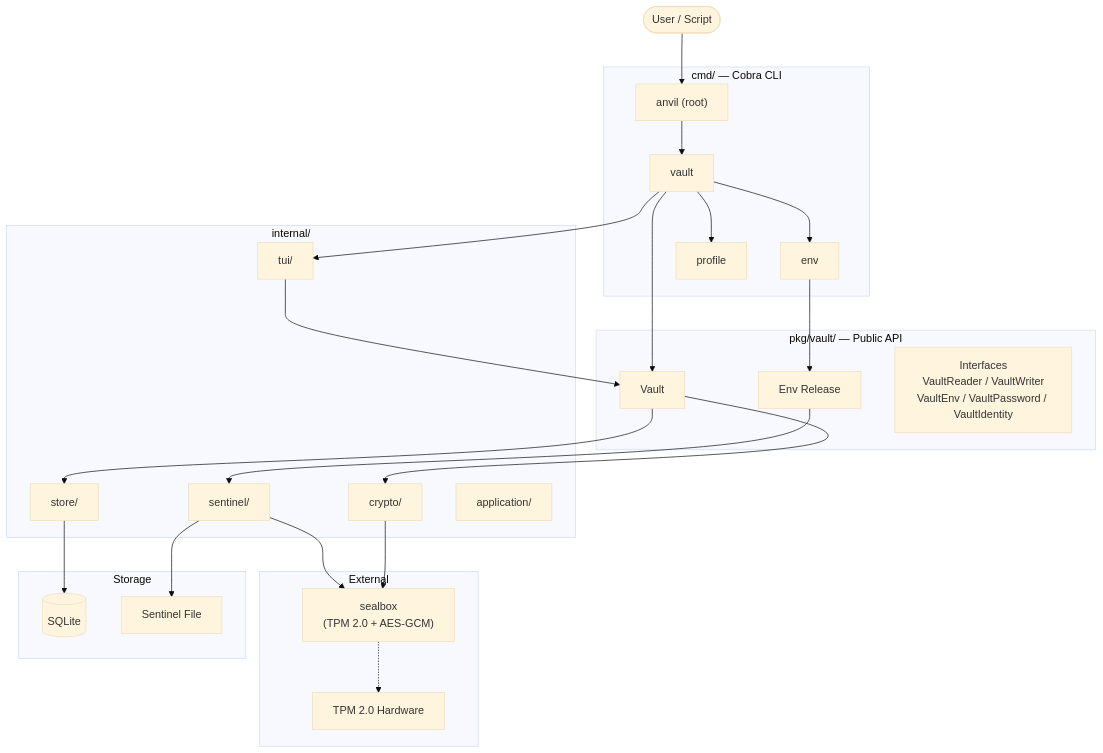
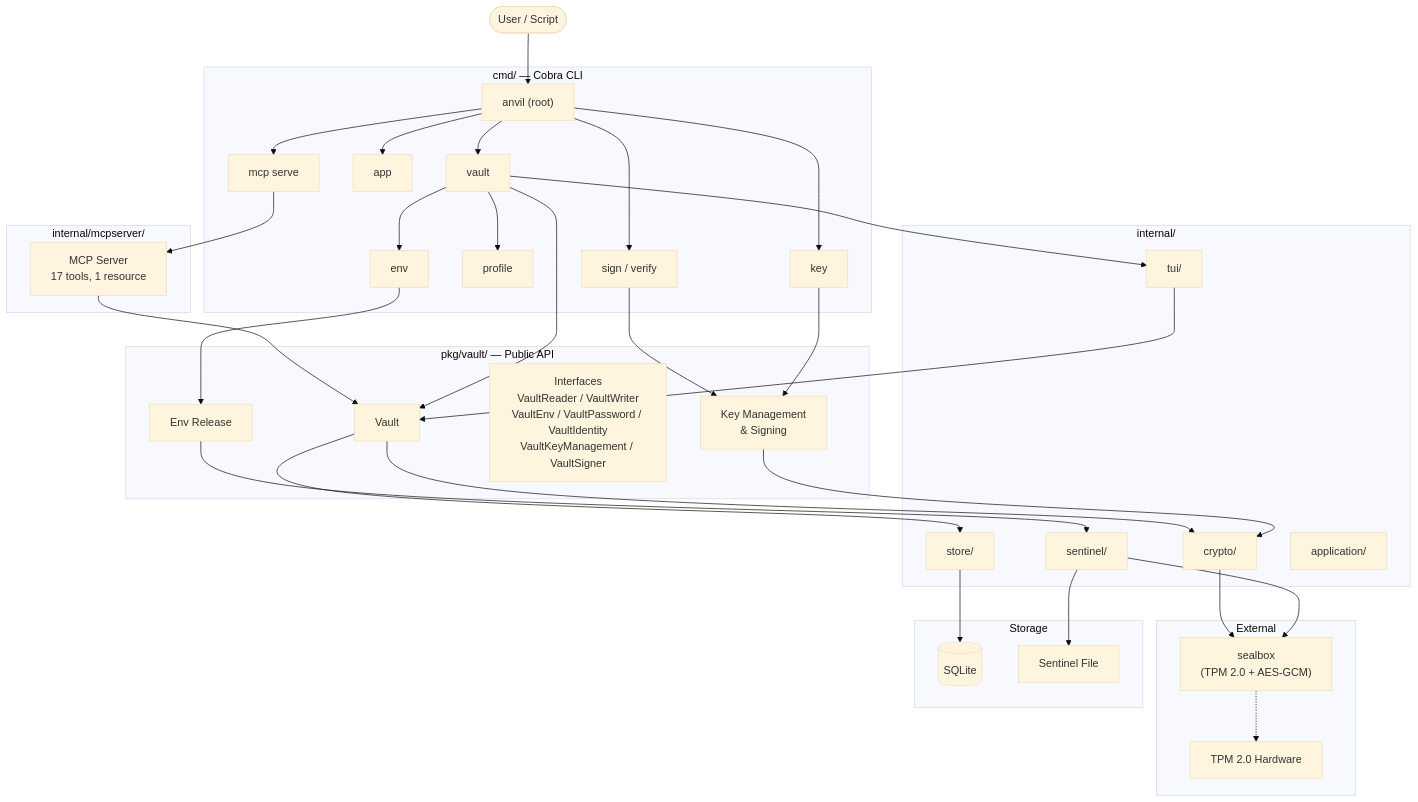
Before and after one commit to inovacc/anvil: the first of 15 diagrams in docs/ARCHITECTURE.md, drawn with Mermaid (base theme). The commit also changed other lines of this file and 27 other files, not shown here.

First line of the commit message:
feat: add MCP server, increase test coverage to 60.7%, update docs

````diff
--- a/docs/ARCHITECTURE.md
+++ b/docs/ARCHITECTURE.md
@@ -7,52 +7,70 @@
 ```mermaid
 graph TB
     User([User / Script])
 
     subgraph CLI["cmd/ — Cobra CLI"]
         Root["anvil (root)"]
         VaultCmd["vault"]
         EnvCmd["env"]
         ProfileCmd["profile"]
+        KeyCmd["key"]
+        SignCmd["sign / verify"]
+        AppCmd["app"]
+        MCPCmd["mcp serve"]
+    end
+
+    subgraph MCPLayer["internal/mcpserver/"]
+        MCPServer["MCP Server<br/>17 tools, 1 resource"]
     end
 
     subgraph Core["pkg/vault/ — Public API"]
         Vault["Vault"]
         EnvOps["Env Release"]
-        Ifaces["Interfaces<br/>VaultReader / VaultWriter<br/>VaultEnv / VaultPassword / VaultIdentity"]
+        Ifaces["Interfaces<br/>VaultReader / VaultWriter<br/>VaultEnv / VaultPassword / VaultIdentity<br/>VaultKeyManagement / VaultSigner"]
+        KeyOps["Key Management<br/>& Signing"]
     end
 
     subgraph Internal["internal/"]
         Crypto["crypto/"]
         Sentinel["sentinel/"]
         Store["store/"]
         App["application/"]
         TUI["tui/"]
     end
 
     subgraph External["External"]
         Sealbox["sealbox<br/>(TPM 2.0 + AES-GCM)"]
         TPM["TPM 2.0 Hardware"]
     end
 
     subgraph Storage["Storage"]
         DB[(SQLite)]
         FS["Sentinel File"]
     end
 
     User --> Root
     Root --> VaultCmd
     VaultCmd --> EnvCmd
     VaultCmd --> ProfileCmd
     VaultCmd --> Vault
     VaultCmd --> TUI
     TUI --> Vault
+    Root --> KeyCmd
+    Root --> SignCmd
+    KeyCmd --> KeyOps
+    SignCmd --> KeyOps
+    Root --> AppCmd
+    Root --> MCPCmd
+    MCPCmd --> MCPServer
+    MCPServer --> Vault
+    KeyOps --> Crypto
     EnvCmd --> EnvOps
     Vault --> Crypto
     Vault --> Store
     EnvOps --> Sentinel
     Sentinel --> Sealbox
     Crypto --> Sealbox
     Sealbox -.-> TPM
     Store --> DB
     Sentinel --> FS
 ```
````
